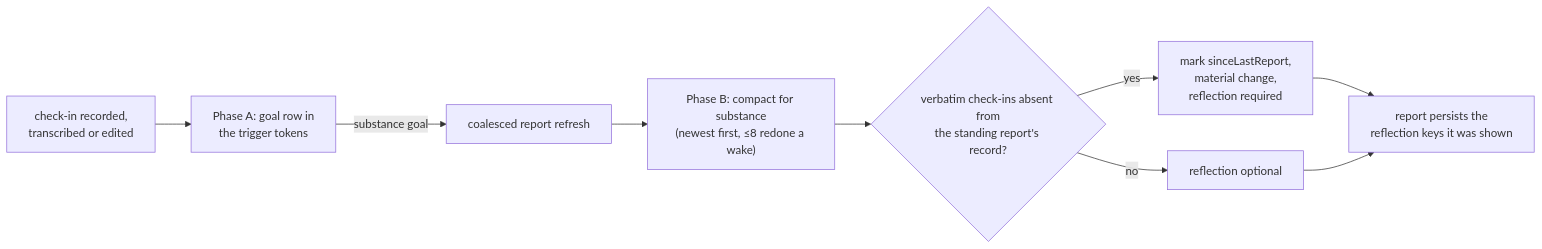
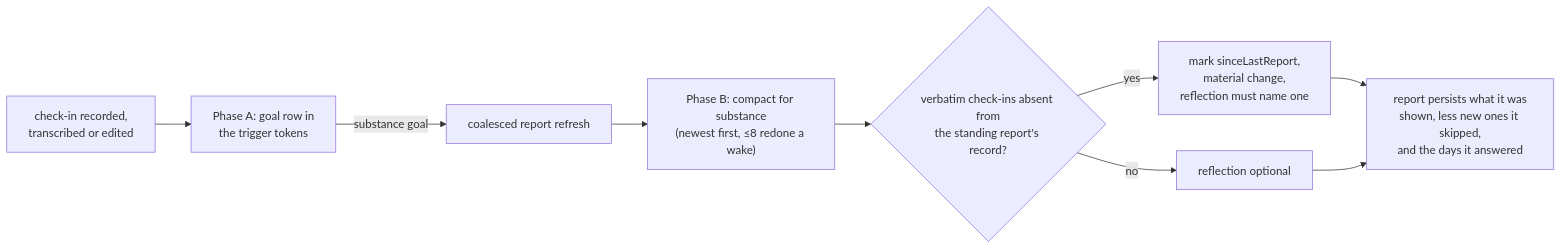
One commit to matthiasn/lotti changed the fifth of 12 diagrams in knowledge/features/goals.md. Above: the diagram before and after it, drawn with Mermaid. The commit also changed other lines of this file and 42 other files, not shown here.

Commit message:
feat(goals): a report's reflection names the check-ins it answers (ADR 0152) (#4901)

````diff
--- a/knowledge/features/goals.md
+++ b/knowledge/features/goals.md
@@ -1926,11 +1936,11 @@
 ```mermaid
 flowchart LR
   W["check-in recorded,<br/>transcribed or edited"] --> PA["Phase A: goal row in<br/>the trigger tokens"]
   PA -- "substance goal" --> R["coalesced report refresh"]
   R --> PB["Phase B: compact for substance<br/>(newest first, ≤8 redone a wake)"]
   PB --> C{"verbatim check-ins absent from<br/>the standing report's record?"}
-  C -- yes --> M["mark sinceLastReport,<br/>material change,<br/>reflection required"]
+  C -- yes --> M["mark sinceLastReport,<br/>material change,<br/>reflection must name one"]
   C -- no --> N["reflection optional"]
-  M --> REP["report persists the<br/>reflection keys it was shown"]
+  M --> REP["report persists what it was<br/>shown, less new ones it skipped,<br/>and the days it answered"]
   N --> REP
 ```
````
